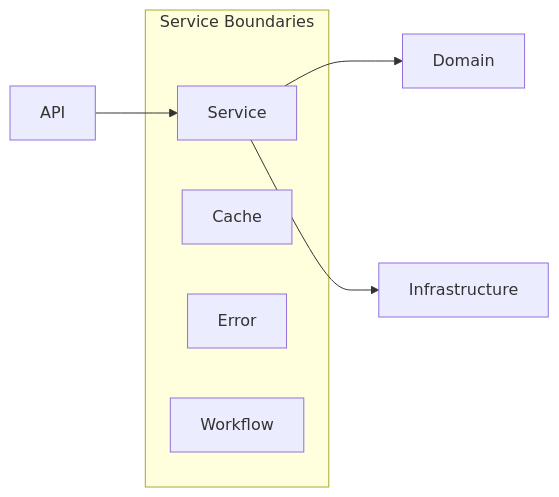
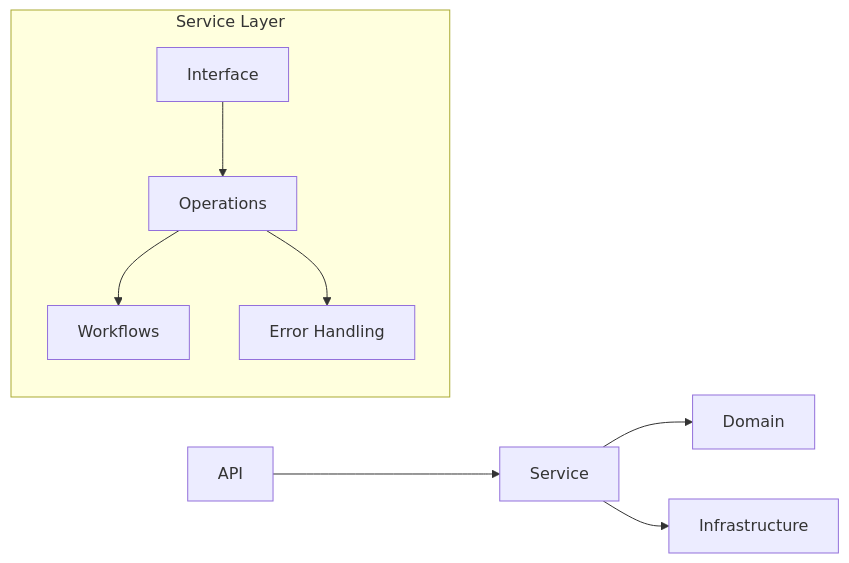
The third of 11 diagrams in documentation/design/Service_Layer_Design.md (tonglam/letletme_data), drawn with Mermaid before and after one commit. The commit also changed other lines of this file and 15 other files, not shown here.

First line of the commit message:
Refactor API and Service Layers with Enhanced Type Safety and Error Handling

````diff
--- a/documentation/design/Service_Layer_Design.md
+++ b/documentation/design/Service_Layer_Design.md
@@ -56,13 +71,17 @@
 ```mermaid
 graph LR
     A[API] --> B[Service]
     B --> C[Domain]
     B --> D[Infrastructure]
 
-    subgraph Service Boundaries
-        B
-        E[Cache]
-        F[Error]
-        G[Workflow]
+    subgraph Service Layer
+        E[Interface]
+        F[Operations]
+        G[Workflows]
+        H[Error Handling]
+
+        E --> F
+        F --> G
+        F --> H
     end
 ```
````
